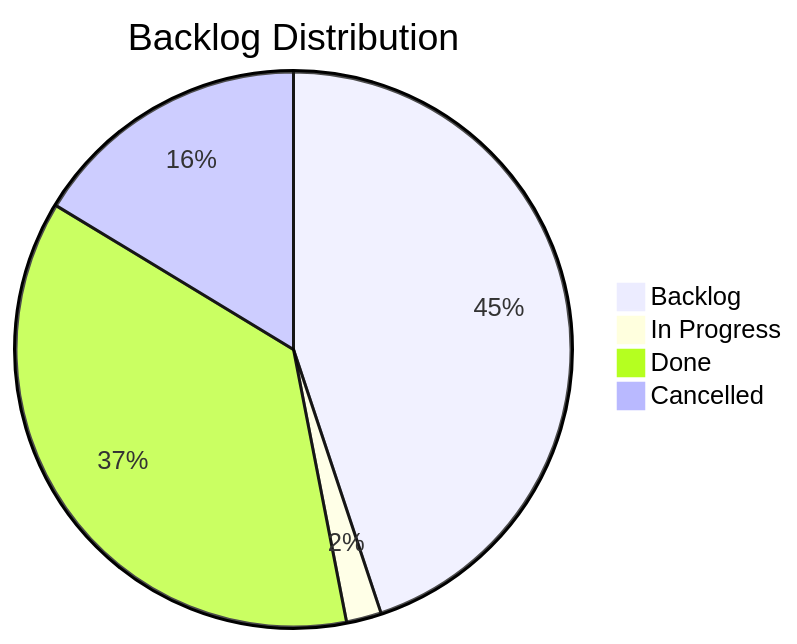
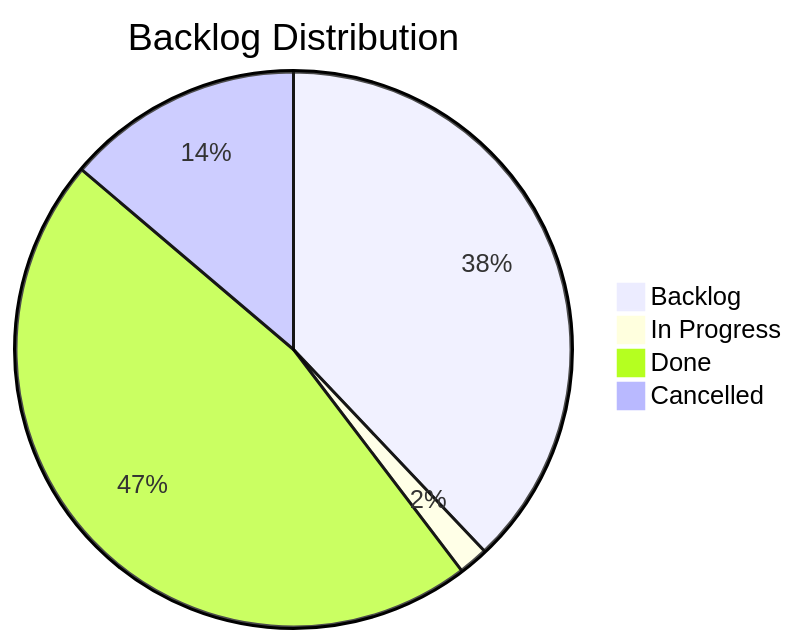
Before and after one commit to TheCodeCreature/Hytale-Example-Plugin: the diagram in docs/board.md, drawn with Mermaid. The commit also changed other lines of this file and 22 other files, not shown here.

````diff
--- a/docs/board.md
+++ b/docs/board.md
@@ -7,7 +7,7 @@
 ```mermaid
 pie title Backlog Distribution
     "Backlog" : 22
     "In Progress" : 1
-    "Done" : 18
+    "Done" : 27
     "Cancelled" : 8
 ```
````
